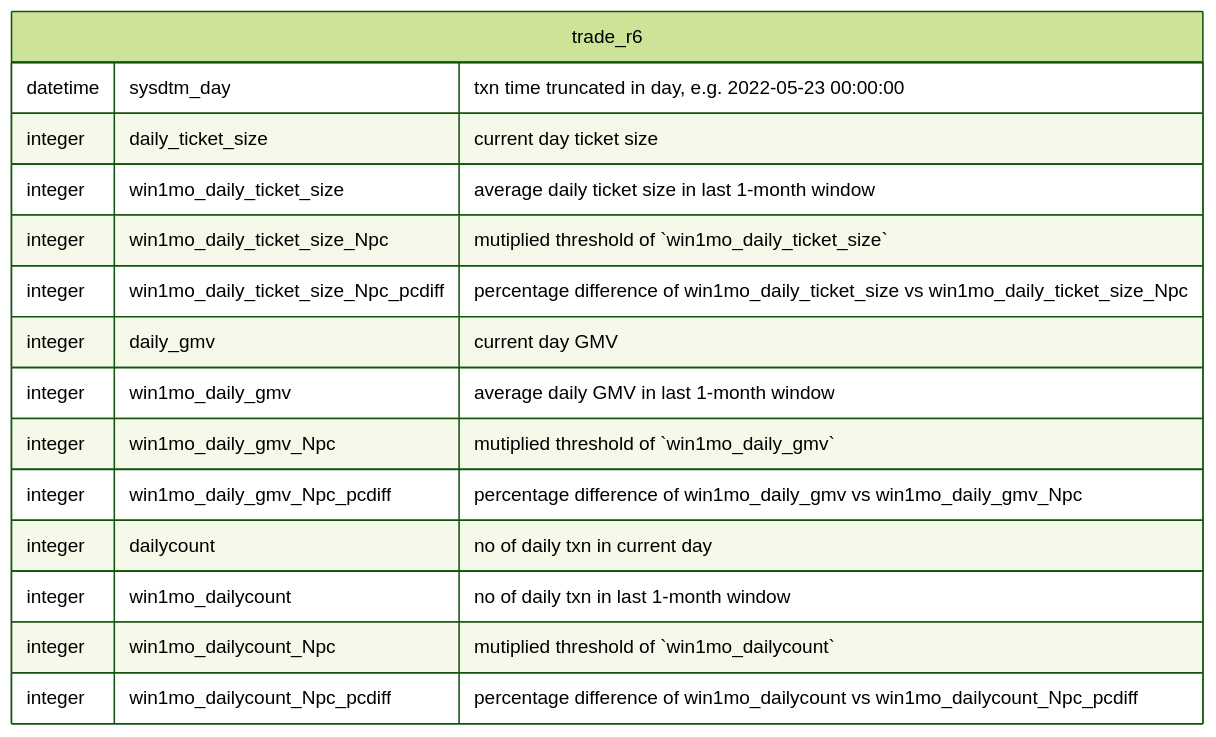
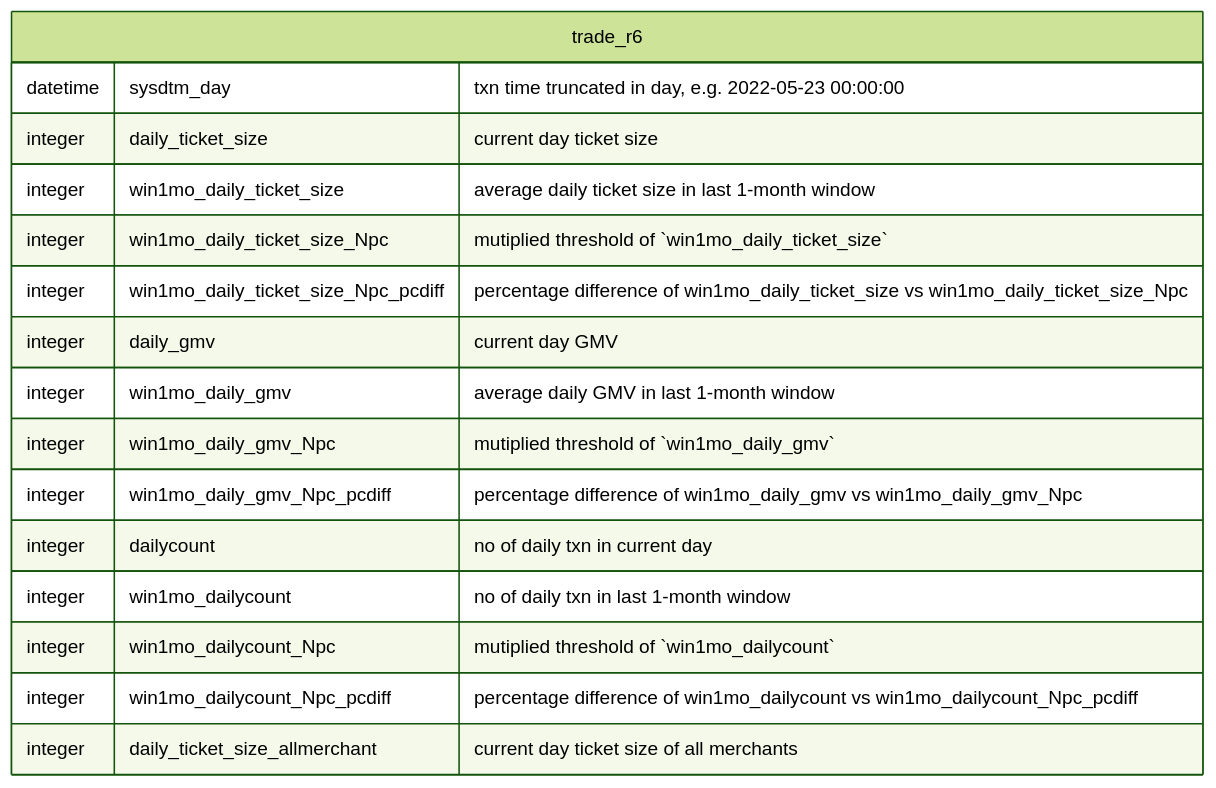
The fifth of 6 diagrams in data-dictionary.md (lncknight/qf-data-dictionary), drawn with Mermaid (forest theme) before and after one commit.

Commit message:
Add daily ticket size of all merchants

````diff
--- a/data-dictionary.md
+++ b/data-dictionary.md
@@ -101,21 +101,22 @@
 ```mermaid
 erDiagram
   trade_r6 {
     datetime sysdtm_day "txn time truncated in day, e.g. 2022-05-23 00:00:00"
 
     integer daily_ticket_size "current day ticket size"
     integer win1mo_daily_ticket_size "average daily ticket size in last 1-month window"
     integer win1mo_daily_ticket_size_Npc "mutiplied threshold of `win1mo_daily_ticket_size`"
     integer win1mo_daily_ticket_size_Npc_pcdiff "percentage difference of win1mo_daily_ticket_size vs win1mo_daily_ticket_size_Npc"
 
     integer daily_gmv "current day GMV"
     integer win1mo_daily_gmv "average daily GMV in last 1-month window"
     integer win1mo_daily_gmv_Npc "mutiplied threshold of `win1mo_daily_gmv`"
     integer win1mo_daily_gmv_Npc_pcdiff "percentage difference of win1mo_daily_gmv vs win1mo_daily_gmv_Npc"
 
     integer dailycount "no of daily txn in current day"
     integer win1mo_dailycount "no of daily txn in last 1-month window"
     integer win1mo_dailycount_Npc "mutiplied threshold of `win1mo_dailycount`"
     integer win1mo_dailycount_Npc_pcdiff "percentage difference of win1mo_dailycount vs win1mo_dailycount_Npc_pcdiff"
+    integer daily_ticket_size_allmerchant "current day ticket size of all merchants"
   }
 ```
````
